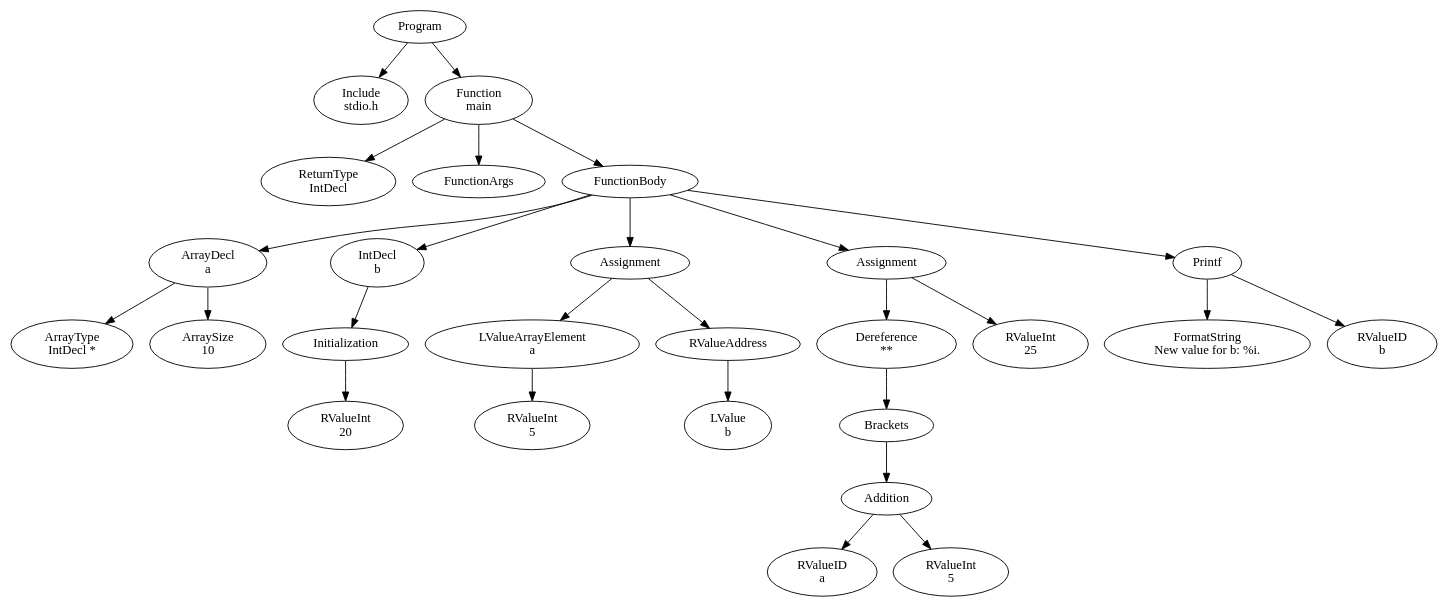
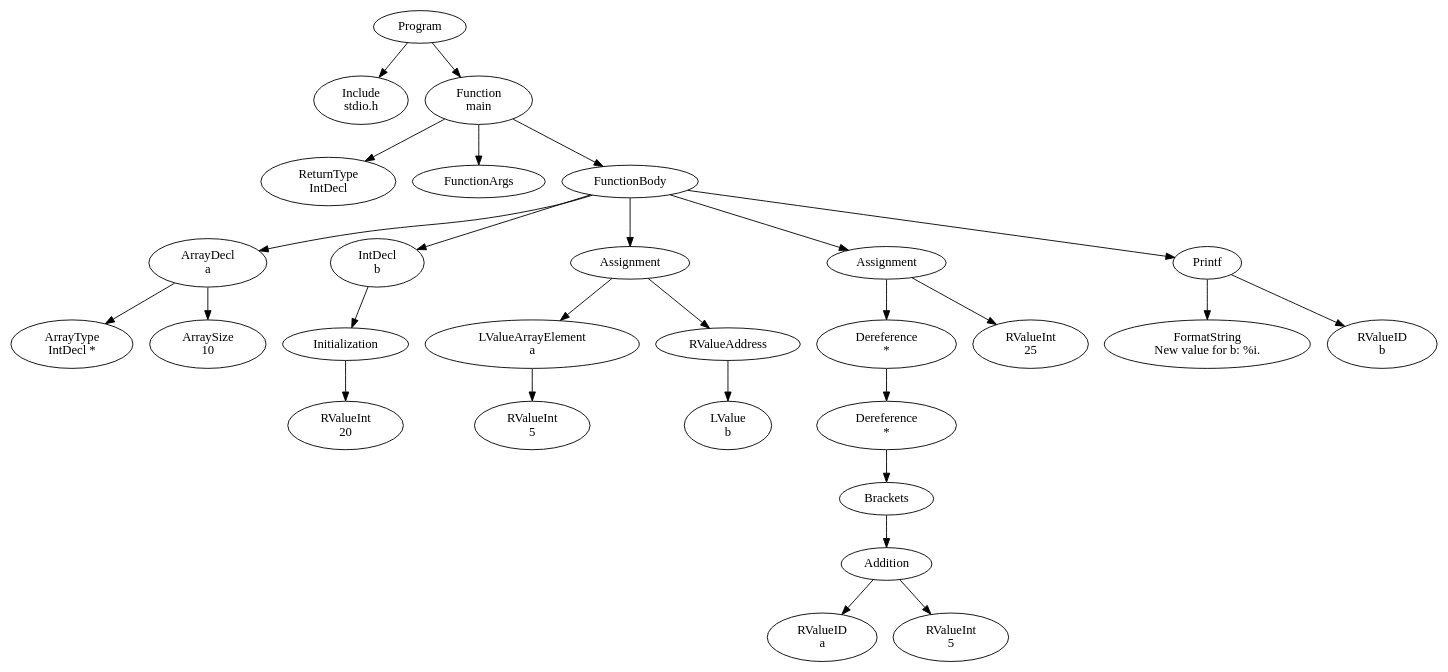
One commit to FedericoQuin/Compilers changed the diagram in official/res/solutions/advanced_pointers1.dot. Above: the diagram before and after it, drawn with Graphviz. The commit also changed 5 other files, not shown here.

```diff
--- a/official/res/solutions/advanced_pointers1.dot
+++ b/official/res/solutions/advanced_pointers1.dot
@@ -1,55 +1,57 @@
 digraph AST {
 2 [label="Program"];
 3 [label="Include \nstdio.h"];
 4 [label="Function \nmain"];
 5 [label="ReturnType \nIntDecl"];
 6 [label="FunctionArgs"];
 7 [label="FunctionBody"];
 8 [label="ArrayDecl \na"];
 9 [label="ArrayType \nIntDecl *"];
 10 [label="ArraySize \n10"];
 8 -> 9;
 8 -> 10;
 11 [label="IntDecl \nb"];
 12 [label="Initialization"];
 13 [label="RValueInt \n20"];
 12 -> 13;
 11 -> 12;
 14 [label="Assignment"];
 15 [label="LValueArrayElement \na"];
 16 [label="RValueInt \n5"];
 15 -> 16;
 17 [label="RValueAddress"];
 18 [label="LValue \nb"];
 17 -> 18;
 14 -> 15;
 14 -> 17;
 19 [label="Assignment"];
-20 [label="Dereference \n**"];
-21 [label="Brackets"];
-22 [label="Addition"];
-23 [label="RValueID \na"];
-24 [label="RValueInt \n5"];
+20 [label="Dereference \n*"];
+21 [label="Dereference \n*"];
+22 [label="Brackets"];
+23 [label="Addition"];
+24 [label="RValueID \na"];
+25 [label="RValueInt \n5"];
+23 -> 24;
+23 -> 25;
 22 -> 23;
-22 -> 24;
 21 -> 22;
 20 -> 21;
-25 [label="RValueInt \n25"];
+26 [label="RValueInt \n25"];
 19 -> 20;
-19 -> 25;
-26 [label="Printf"];
-27 [label="FormatString \nNew value for b: %i.\n"];
-28 [label="RValueID \nb"];
-26 -> 27;
-26 -> 28;
+19 -> 26;
+27 [label="Printf"];
+28 [label="FormatString \nNew value for b: %i.\n"];
+29 [label="RValueID \nb"];
+27 -> 28;
+27 -> 29;
 7 -> 8;
 7 -> 11;
 7 -> 14;
 7 -> 19;
-7 -> 26;
+7 -> 27;
 4 -> 5;
 4 -> 6;
 4 -> 7;
 2 -> 3;
 2 -> 4;
 }
```
